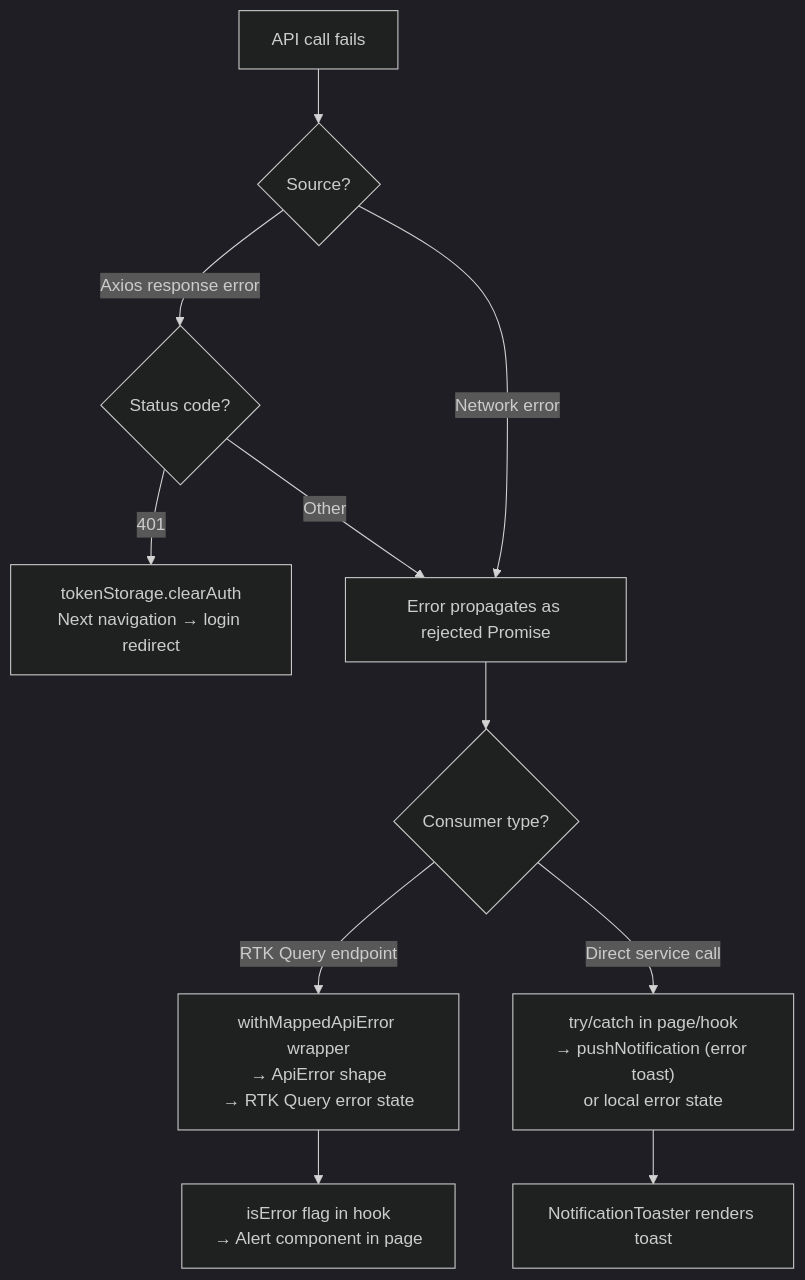
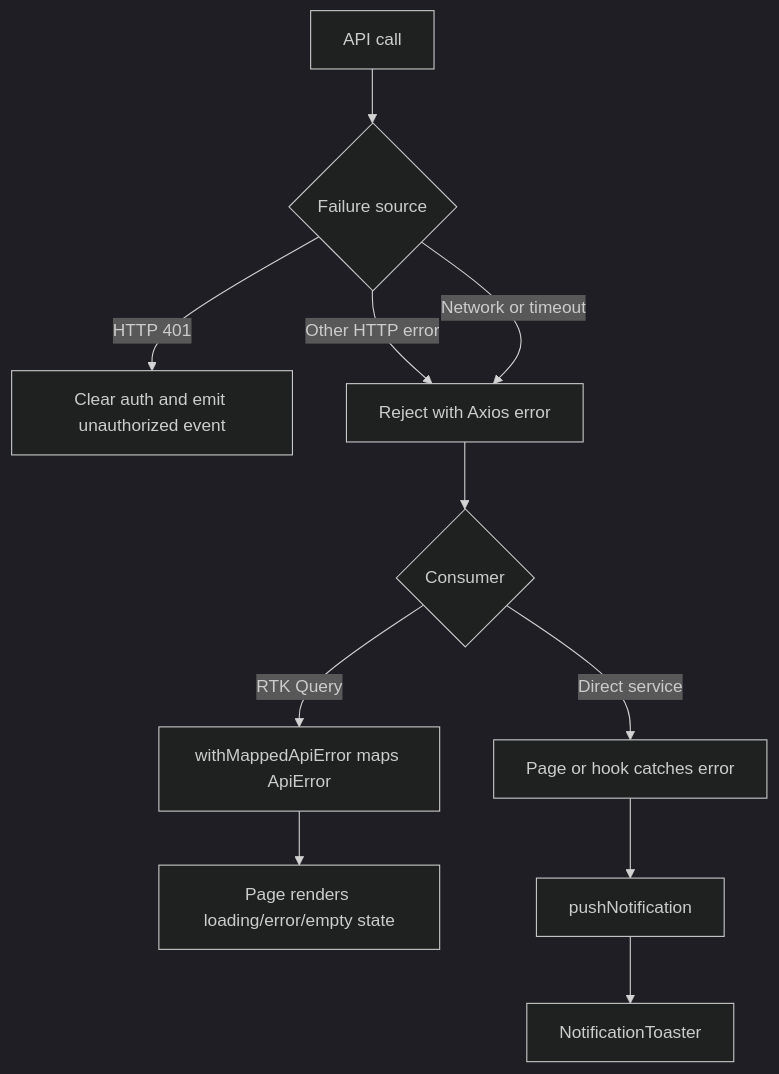
Before and after one commit to PiyalChatterjee/skills-mine-frontend: the ninth of 9 diagrams in ARCHITECTURE.md, drawn with Mermaid (dark theme). The commit also changed other lines of this file and 1 other file, not shown here.

````diff
--- a/ARCHITECTURE.md
+++ b/ARCHITECTURE.md
@@ -594,13 +525,13 @@
 ```mermaid
 flowchart TD
-    A[API call fails] --> B{Source?}
-    B -- "Axios response error" --> C{Status code?}
-    C -- 401 --> D[tokenStorage.clearAuth\nNext navigation → login redirect]
-    C -- Other --> E[Error propagates as rejected Promise]
-    B -- "Network error" --> E
-    E --> F{Consumer type?}
-    F -- RTK Query endpoint --> G["withMappedApiError wrapper\n→ ApiError shape\n→ RTK Query error state"]
-    F -- Direct service call --> H["try/catch in page/hook\n→ pushNotification (error toast)\nor local error state"]
-    G --> I[isError flag in hook\n→ Alert component in page]
-    H --> J[NotificationToaster renders toast]
+  call[API call] --> source{Failure source}
+  source -- HTTP 401 --> unauthorized[Clear auth and emit unauthorized event]
+  source -- Other HTTP error --> rejected[Reject with Axios error]
+  source -- Network or timeout --> rejected
+  rejected --> consumer{Consumer}
+  consumer -- RTK Query --> mapped[withMappedApiError maps ApiError]
+  mapped --> inline[Page renders loading/error/empty state]
+  consumer -- Direct service --> caught[Page or hook catches error]
+  caught --> toast[pushNotification]
+  toast --> toaster[NotificationToaster]
 ```
````
